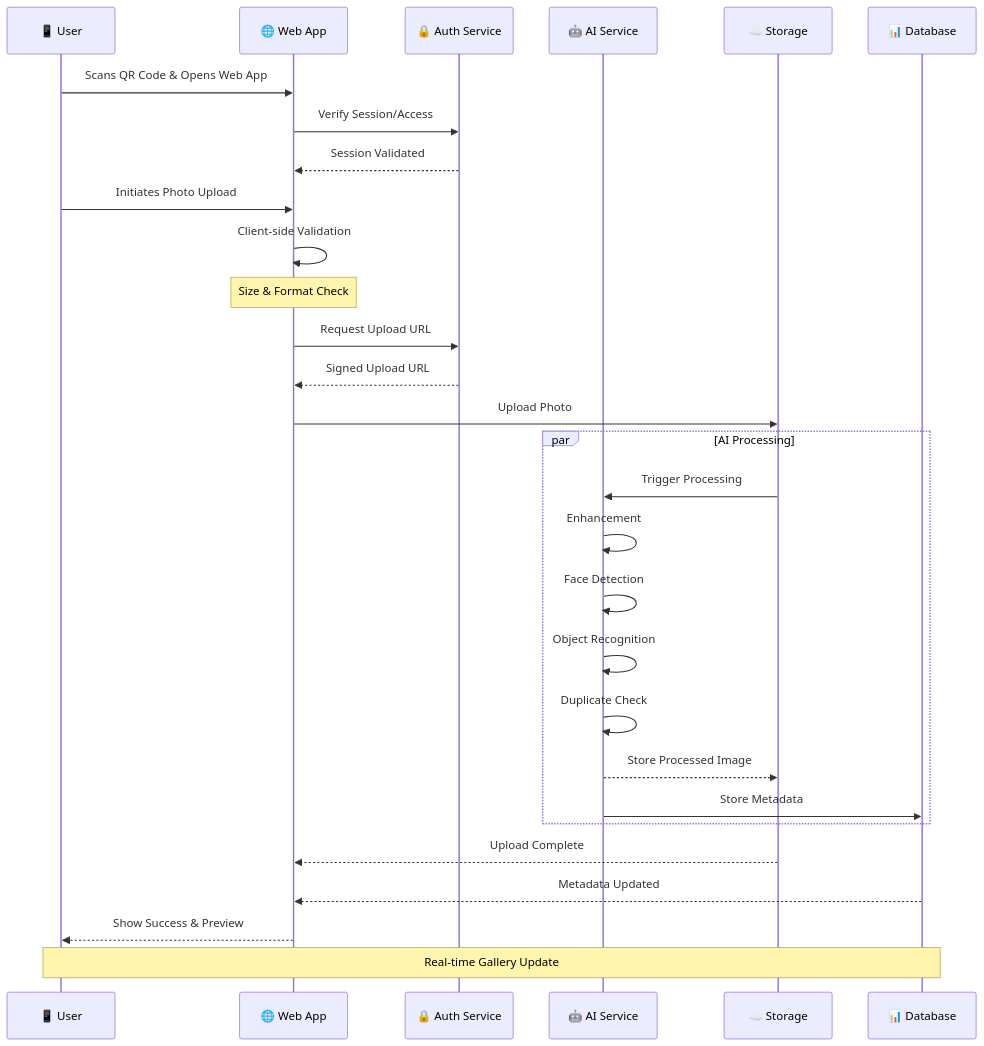
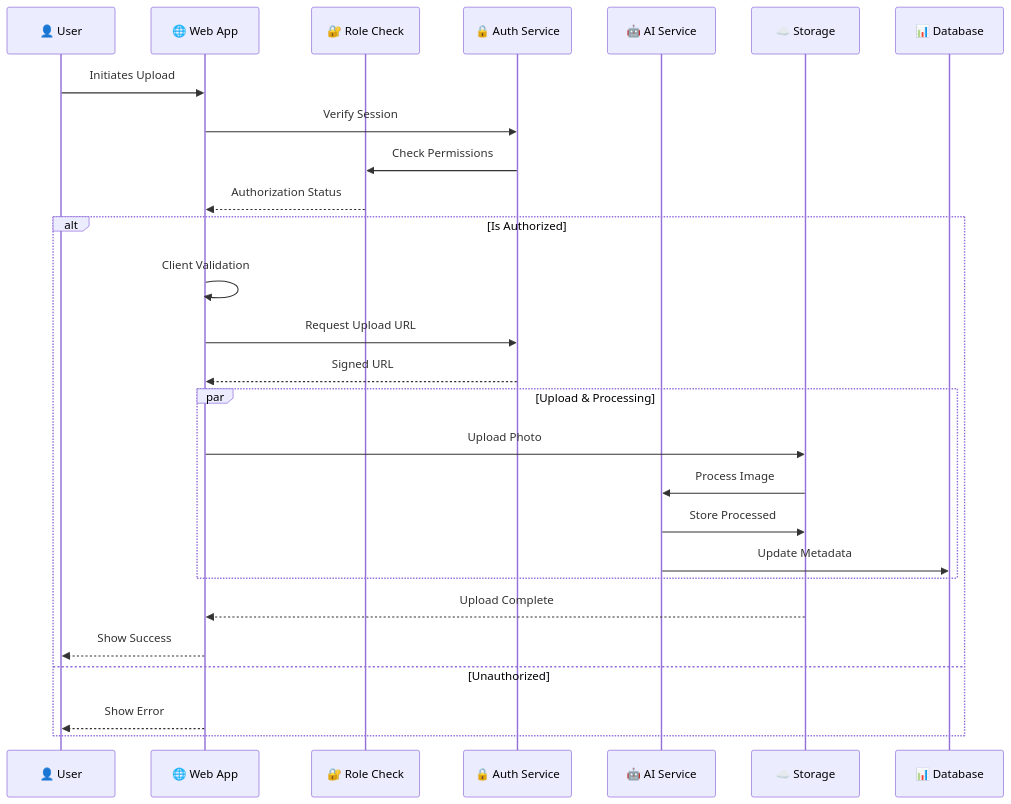
Before and after one commit to mrj0nesmtl/cloud-burst: the diagram in docs/user-flows/photo_upload_sequence_diagram.md, drawn with Mermaid. The commit also changed other lines of this file and 99 other files, not shown here.

````diff
--- a/docs/user-flows/photo_upload_sequence_diagram.md
+++ b/docs/user-flows/photo_upload_sequence_diagram.md
@@ -14,38 +17,33 @@
 ```mermaid
 sequenceDiagram
-    participant U as 📱 User
+    participant U as 👤 User
     participant W as 🌐 Web App
+    participant R as 🔐 Role Check
     participant A as 🔒 Auth Service
     participant AI as 🤖 AI Service
     participant S as ☁️ Storage
     participant DB as 📊 Database
 
-    U->>W: Scans QR Code & Opens Web App
-    W->>A: Verify Session/Access
-    A-->>W: Session Validated
+    U->>W: Initiates Upload
+    W->>A: Verify Session
+    A->>R: Check Permissions
+    R-->>W: Authorization Status
     
-    U->>W: Initiates Photo Upload
-    W->>W: Client-side Validation
-    Note over W: Size & Format Check
-    
-    W->>A: Request Upload URL
-    A-->>W: Signed Upload URL
-    
-    W->>S: Upload Photo
-    
-    par AI Processing
-        S->>AI: Trigger Processing
-        AI->>AI: Enhancement
-        AI->>AI: Face Detection
-        AI->>AI: Object Recognition
-        AI->>AI: Duplicate Check
-        AI-->>S: Store Processed Image
-        AI->>DB: Store Metadata
+    alt Is Authorized
+        W->>W: Client Validation
+        W->>A: Request Upload URL
+        A-->>W: Signed URL
+        
+        par Upload & Processing
+            W->>S: Upload Photo
+            S->>AI: Process Image
+            AI->>S: Store Processed
+            AI->>DB: Update Metadata
+        end
+        
+        S-->>W: Upload Complete
+        W-->>U: Show Success
+    else Unauthorized
+        W-->>U: Show Error
     end
-    
-    S-->>W: Upload Complete
-    DB-->>W: Metadata Updated
-    W-->>U: Show Success & Preview
-    
-    Note over U,DB: Real-time Gallery Update
 ```
````
